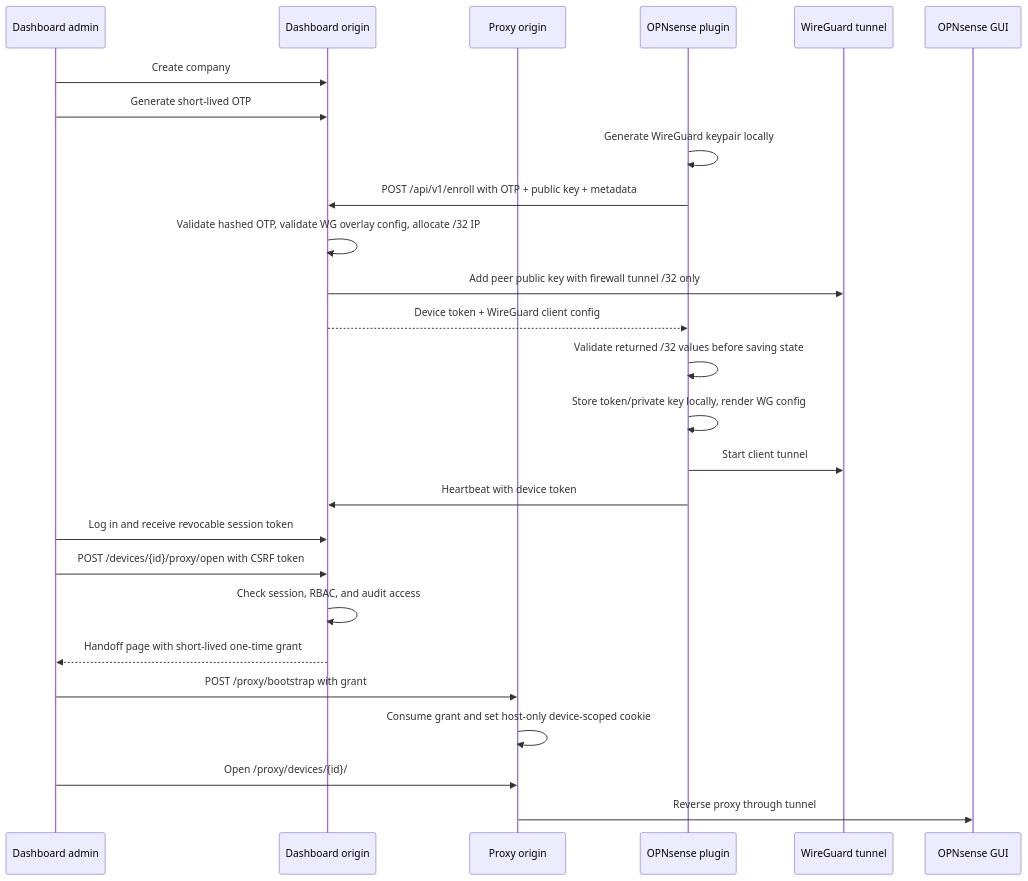
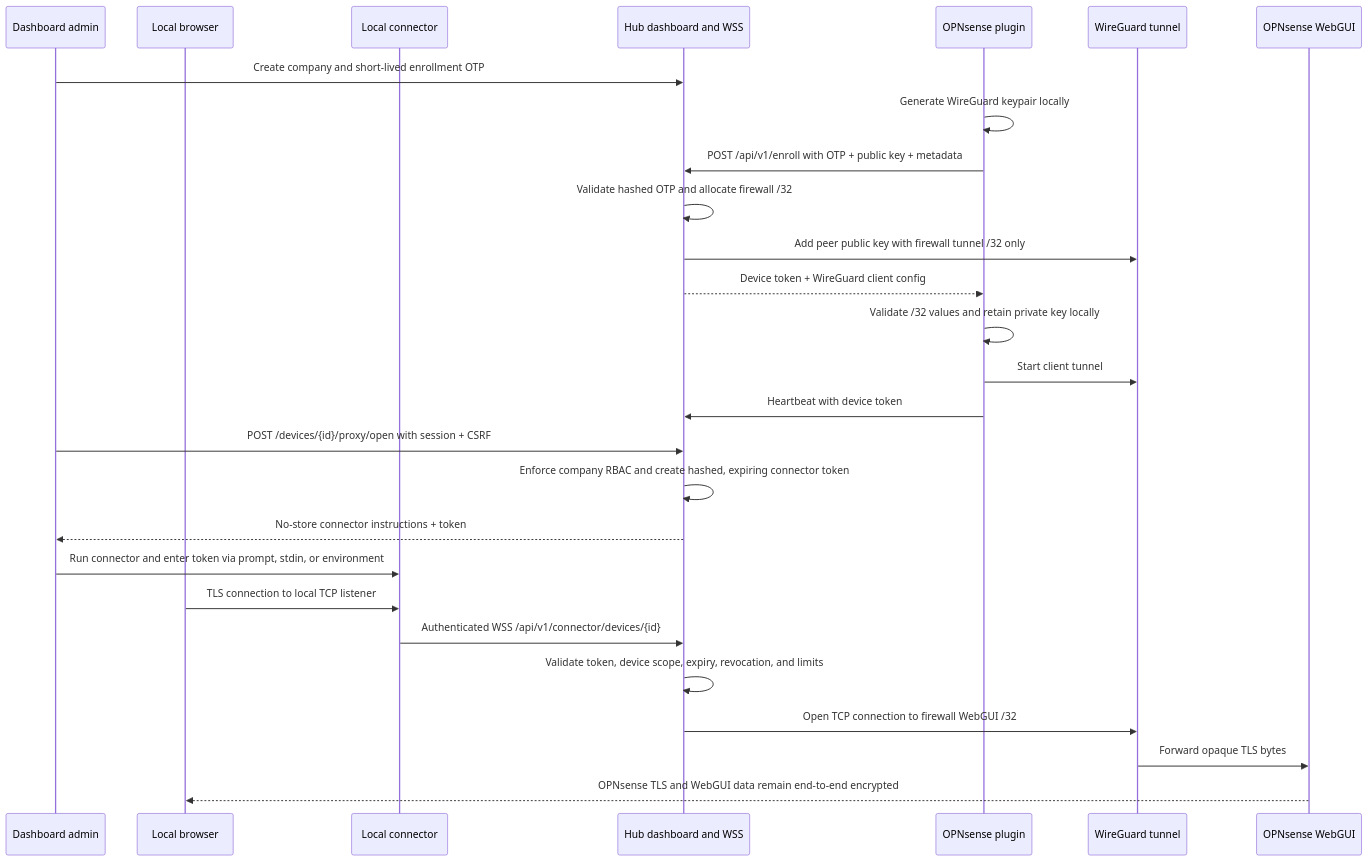
One commit to albercuba/OPNsense-Hub changed the diagram in docs/architecture.md. Above: the diagram before and after it, drawn with Mermaid. The commit also changed other lines of this file and 26 other files, not shown here.

Commit message:
fix: keep firewall credentials encrypted through secure access transports

````diff
--- a/docs/architecture.md
+++ b/docs/architecture.md
@@ -12,29 +12,30 @@
 ```mermaid
 sequenceDiagram
     participant Admin as Dashboard admin
-    participant Hub as Dashboard origin
-    participant Proxy as Proxy origin
+    participant Browser as Local browser
+    participant Connector as Local connector
+    participant Hub as Hub dashboard and WSS
     participant Plugin as OPNsense plugin
     participant WG as WireGuard tunnel
-    participant FW as OPNsense GUI
+    participant FW as OPNsense WebGUI
 
-    Admin->>Hub: Create company
-    Admin->>Hub: Generate short-lived OTP
+    Admin->>Hub: Create company and short-lived enrollment OTP
     Plugin->>Plugin: Generate WireGuard keypair locally
     Plugin->>Hub: POST /api/v1/enroll with OTP + public key + metadata
-    Hub->>Hub: Validate hashed OTP, validate WG overlay config, allocate /32 IP
+    Hub->>Hub: Validate hashed OTP and allocate firewall /32
     Hub->>WG: Add peer public key with firewall tunnel /32 only
     Hub-->>Plugin: Device token + WireGuard client config
-    Plugin->>Plugin: Validate returned /32 values before saving state
-    Plugin->>Plugin: Store token/private key locally, render WG config
+    Plugin->>Plugin: Validate /32 values and retain private key locally
     Plugin->>WG: Start client tunnel
     Plugin->>Hub: Heartbeat with device token
-    Admin->>Hub: Log in and receive revocable session token
-    Admin->>Hub: POST /devices/{id}/proxy/open with CSRF token
-    Hub->>Hub: Check session, RBAC, and audit access
-    Hub-->>Admin: Handoff page with short-lived one-time grant
-    Admin->>Proxy: POST /proxy/bootstrap with grant
-    Proxy->>Proxy: Consume grant and set host-only device-scoped cookie
-    Admin->>Proxy: Open /proxy/devices/{id}/
-    Proxy->>FW: Reverse proxy through tunnel
+    Admin->>Hub: POST /devices/{id}/proxy/open with session + CSRF
+    Hub->>Hub: Enforce company RBAC and create hashed, expiring connector token
+    Hub-->>Admin: No-store connector instructions + token
+    Admin->>Connector: Run connector and enter token via prompt, stdin, or environment
+    Browser->>Connector: TLS connection to local TCP listener
+    Connector->>Hub: Authenticated WSS /api/v1/connector/devices/{id}
+    Hub->>Hub: Validate token, device scope, expiry, revocation, and limits
+    Hub->>WG: Open TCP connection to firewall WebGUI /32
+    WG->>FW: Forward opaque TLS bytes
+    FW-->>Browser: OPNsense TLS and WebGUI data remain end-to-end encrypted
 ```
````
